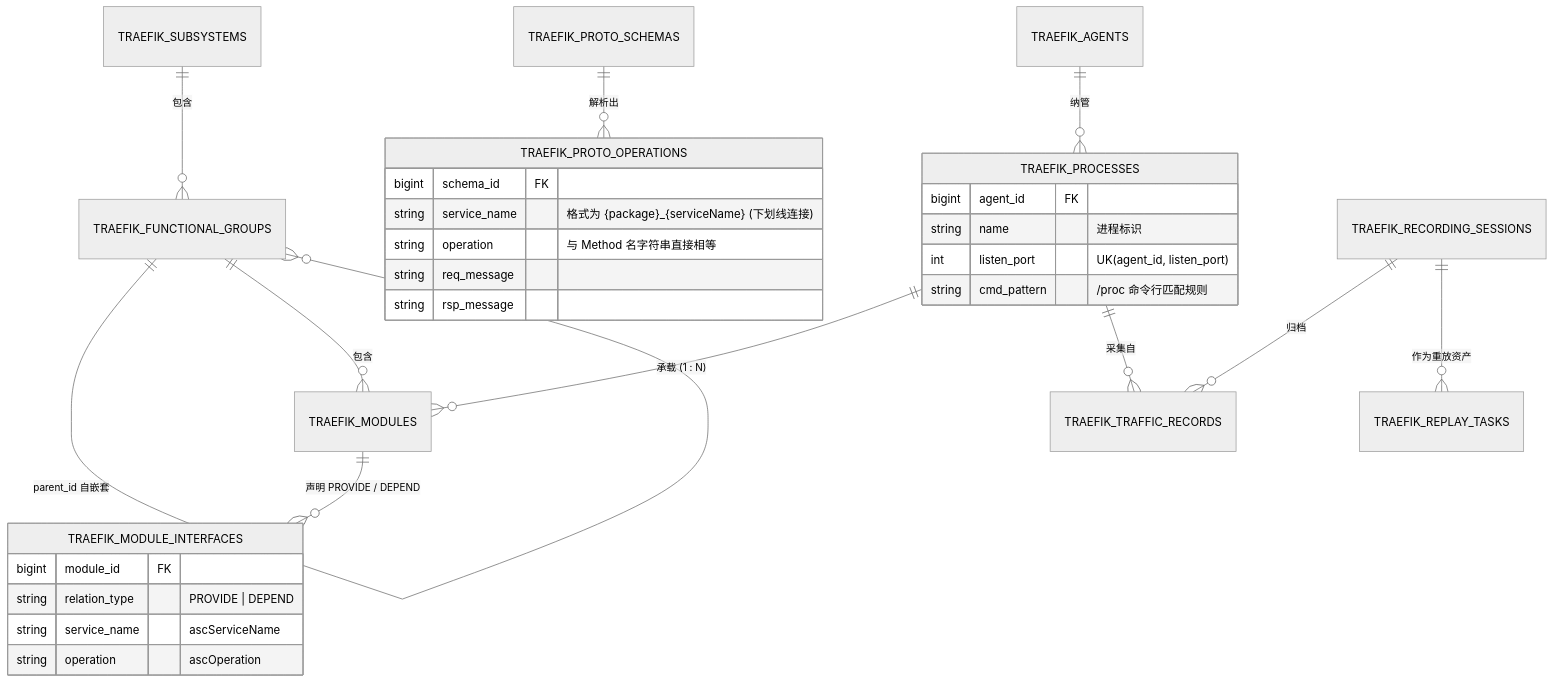
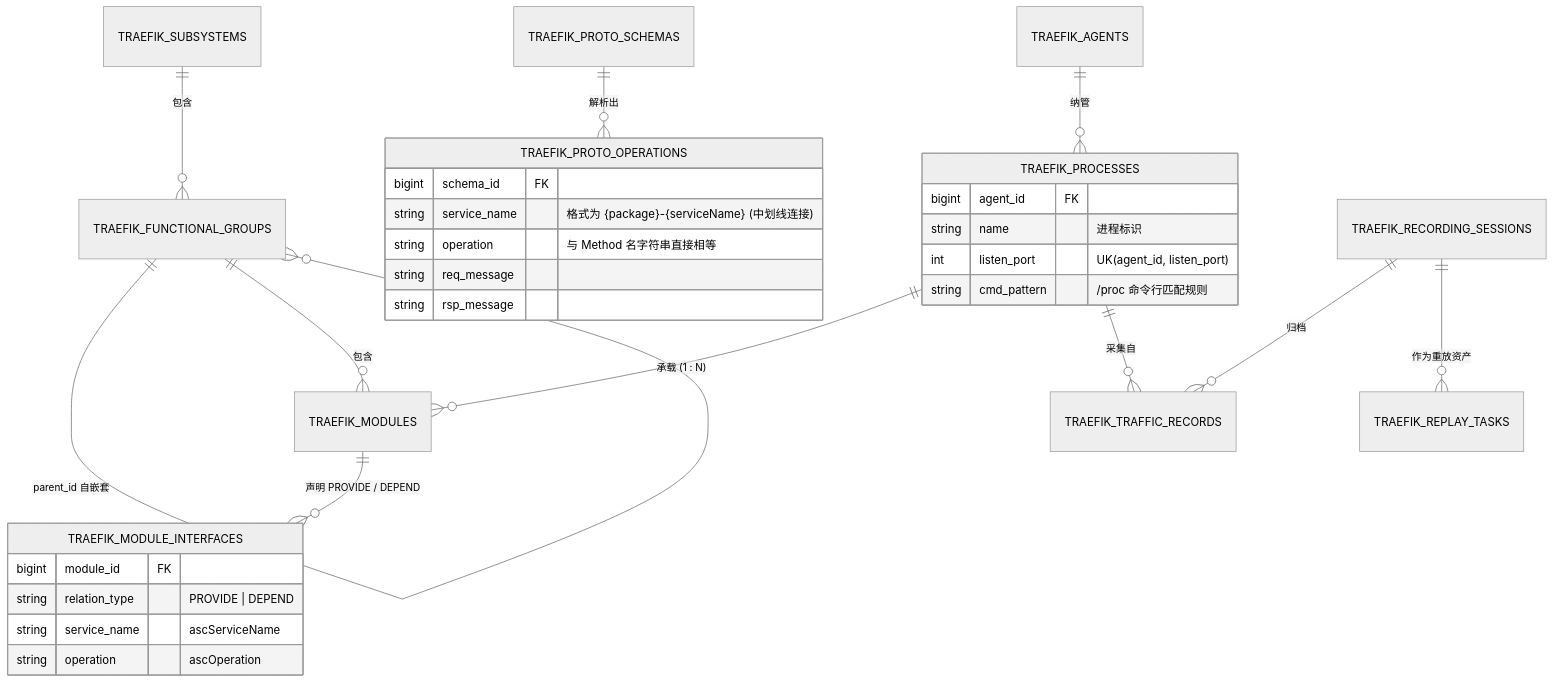
The second of 2 diagrams in docs/01-features/01-feature-matrix.md (fugui/code-traefik), drawn with Mermaid (neutral theme) before and after one commit. The commit also changed other lines of this file and 1 other file, not shown here.

Commit message:
docs: 纠正服务名映射规范为 package 原样点分前缀与中划线连接 ({package}-{serviceName})

````diff
--- a/docs/01-features/01-feature-matrix.md
+++ b/docs/01-features/01-feature-matrix.md
@@ -134,33 +134,33 @@
 ```mermaid
 erDiagram
     TRAEFIK_SUBSYSTEMS ||--o{ TRAEFIK_FUNCTIONAL_GROUPS : "包含"
     TRAEFIK_FUNCTIONAL_GROUPS ||--o{ TRAEFIK_FUNCTIONAL_GROUPS : "parent_id 自嵌套"
     TRAEFIK_FUNCTIONAL_GROUPS ||--o{ TRAEFIK_MODULES : "包含"
     TRAEFIK_MODULES ||--o{ TRAEFIK_MODULE_INTERFACES : "声明 PROVIDE / DEPEND"
     TRAEFIK_AGENTS ||--o{ TRAEFIK_PROCESSES : "纳管"
     TRAEFIK_PROCESSES ||--o{ TRAEFIK_MODULES : "承载 (1 : N)"
     TRAEFIK_PROTO_SCHEMAS ||--o{ TRAEFIK_PROTO_OPERATIONS : "解析出"
     TRAEFIK_RECORDING_SESSIONS ||--o{ TRAEFIK_TRAFFIC_RECORDS : "归档"
     TRAEFIK_PROCESSES ||--o{ TRAEFIK_TRAFFIC_RECORDS : "采集自"
     TRAEFIK_RECORDING_SESSIONS ||--o{ TRAEFIK_REPLAY_TASKS : "作为重放资产"
 
     TRAEFIK_MODULE_INTERFACES {
         bigint module_id FK
         string relation_type "PROVIDE | DEPEND"
         string service_name "ascServiceName"
         string operation "ascOperation"
     }
     TRAEFIK_PROCESSES {
         bigint agent_id FK
         string name "进程标识"
         int listen_port "UK(agent_id, listen_port)"
         string cmd_pattern "/proc 命令行匹配规则"
     }
     TRAEFIK_PROTO_OPERATIONS {
         bigint schema_id FK
-        string service_name "格式为 {package}_{serviceName} (下划线连接)"
+        string service_name "格式为 {package}-{serviceName} (中划线连接)"
         string operation "与 Method 名字符串直接相等"
         string req_message
         string rsp_message
     }
 ```
````
